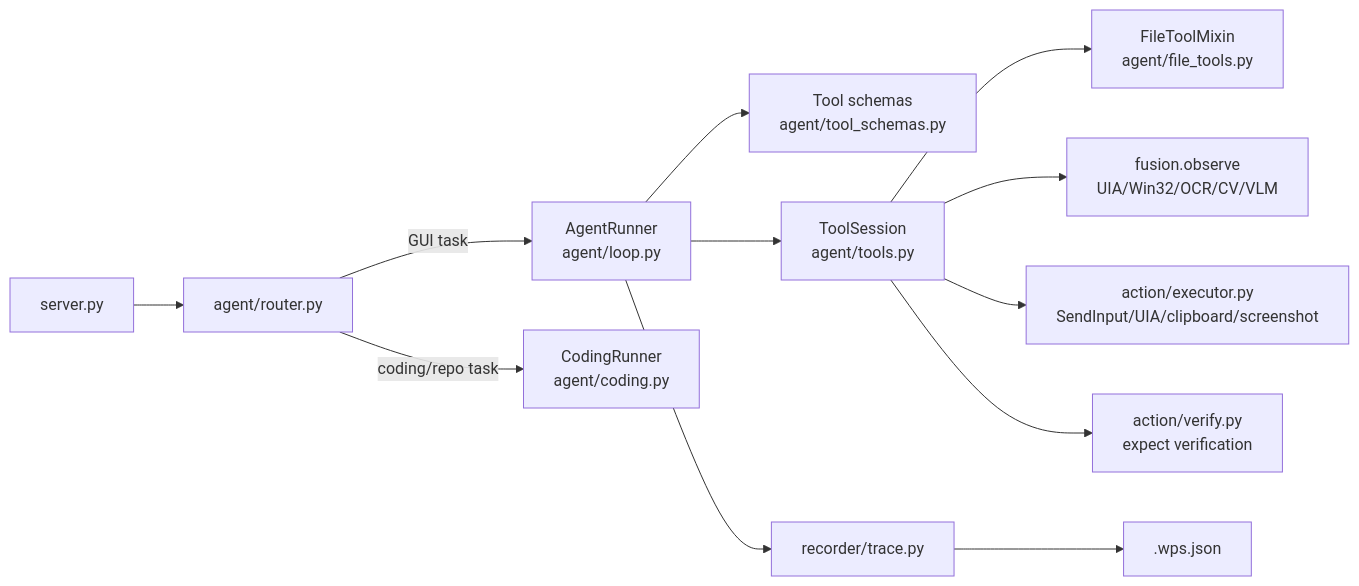
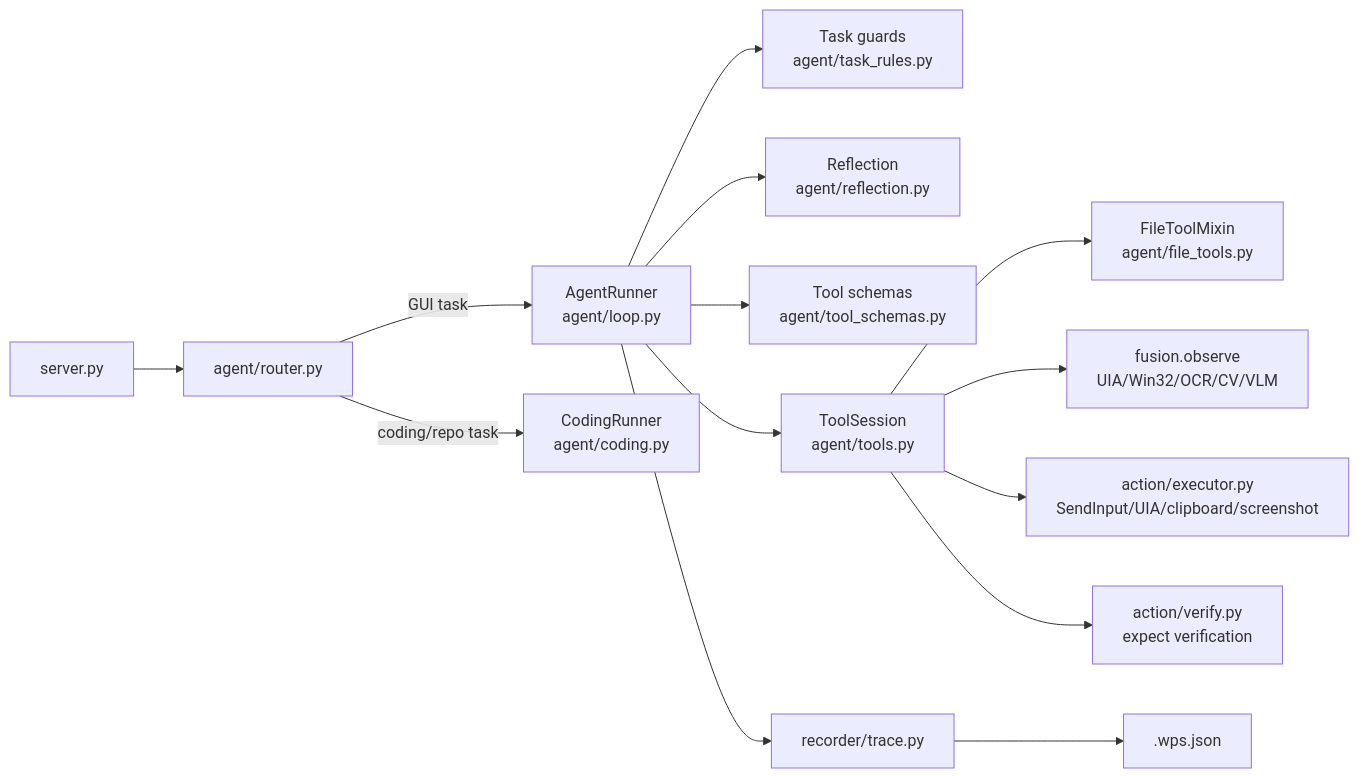
The second of 2 diagrams in docs/architecture.md (zoujiapeng/lingdong-script), drawn with Mermaid before and after one commit. The commit also changed other lines of this file and 13 other files, not shown here.

Commit message:
refactor: split agent loop rules

````diff
--- a/docs/architecture.md
+++ b/docs/architecture.md
@@ -40,14 +40,16 @@
 ```mermaid
 flowchart LR
     server["server.py"] --> router["agent/router.py"]
     router -->|"GUI task"| loop["AgentRunner<br/>agent/loop.py"]
     router -->|"coding/repo task"| coding["CodingRunner<br/>agent/coding.py"]
+    loop --> rules["Task guards<br/>agent/task_rules.py"]
+    loop --> reflect["Reflection<br/>agent/reflection.py"]
     loop --> schemas["Tool schemas<br/>agent/tool_schemas.py"]
     loop --> tools["ToolSession<br/>agent/tools.py"]
     tools --> filetools["FileToolMixin<br/>agent/file_tools.py"]
     tools --> fusion["fusion.observe<br/>UIA/Win32/OCR/CV/VLM"]
     tools --> action["action/executor.py<br/>SendInput/UIA/clipboard/screenshot"]
     tools --> verify["action/verify.py<br/>expect verification"]
     loop --> recorder["recorder/trace.py"]
     recorder --> wps[".wps.json"]
 ```
````
